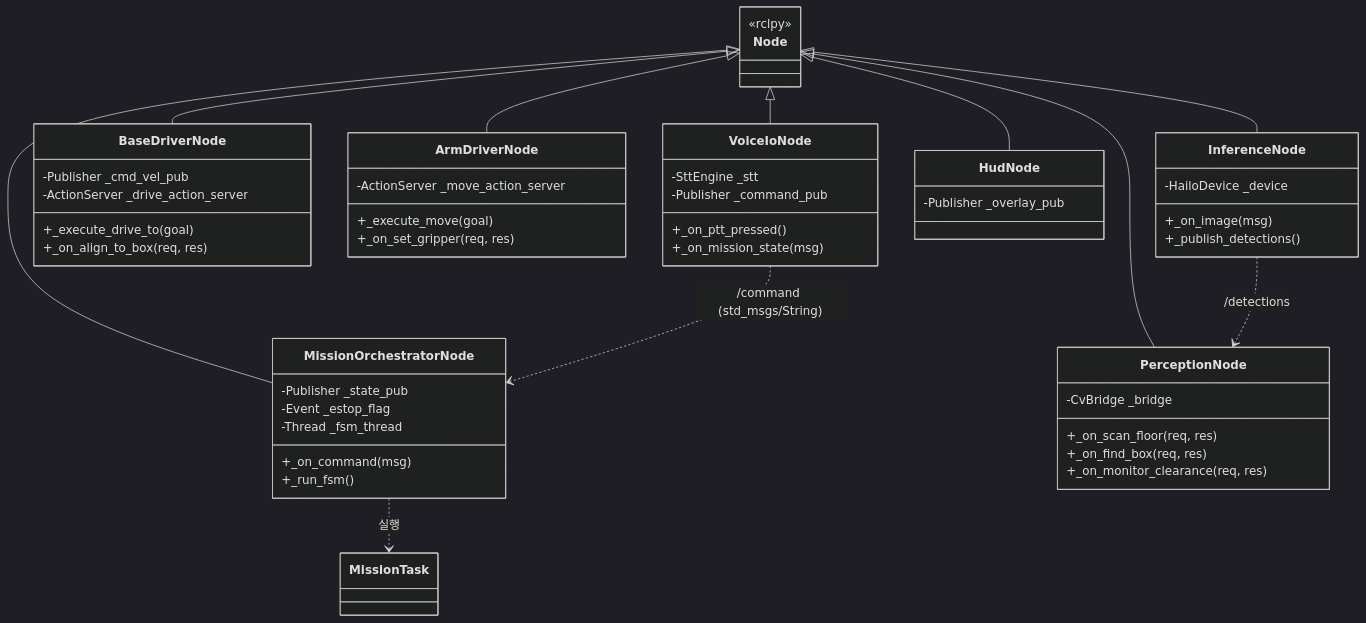
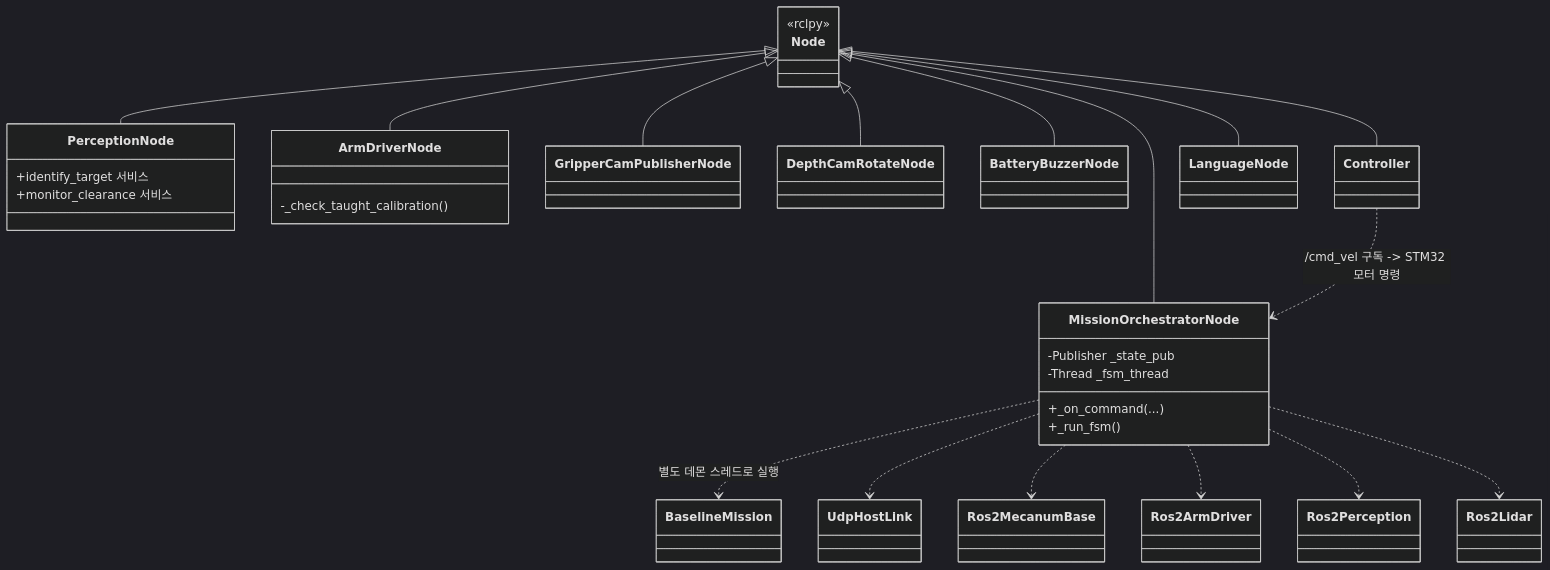
The fourth of 4 diagrams in docs/design/class_diagram.md (grippers-intel/grippers), drawn with Mermaid (dark theme) before and after one commit. The commit also changed other lines of this file and 7 other files, not shown here.

First line of the commit message:
docs: 설계 문서 5종을 실제 baseline_mission 코드 기준으로 전면 재작성 (2026-09-04)

````diff
--- a/docs/design/class_diagram.md
+++ b/docs/design/class_diagram.md
@@ -371,59 +315,44 @@
 ```mermaid
 classDiagram
     direction TB
 
     class Node {
         <<rclpy>>
     }
 
     class MissionOrchestratorNode {
         -Publisher _state_pub
-        -Event _estop_flag
         -Thread _fsm_thread
-        +_on_command(msg)
+        +_on_command(...)
         +_run_fsm()
     }
     class PerceptionNode {
-        -CvBridge _bridge
-        +_on_scan_floor(req, res)
-        +_on_find_box(req, res)
-        +_on_monitor_clearance(req, res)
-    }
-    class InferenceNode {
-        -HailoDevice _device
-        +_on_image(msg)
-        +_publish_detections()
-    }
-    class BaseDriverNode {
-        -Publisher _cmd_vel_pub
-        -ActionServer _drive_action_server
-        +_execute_drive_to(goal)
-        +_on_align_to_box(req, res)
+        +identify_target 서비스
+        +monitor_clearance 서비스
     }
     class ArmDriverNode {
-        -ActionServer _move_action_server
-        +_execute_move(goal)
-        +_on_set_gripper(req, res)
+        -_check_taught_calibration()
     }
-    class VoiceIoNode {
-        -SttEngine _stt
-        -Publisher _command_pub
-        +_on_ptt_pressed()
-        +_on_mission_state(msg)
-    }
-    class HudNode {
-        -Publisher _overlay_pub
-    }
+    class GripperCamPublisherNode
+    class DepthCamRotateNode
+    class BatteryBuzzerNode
+    class Controller
+    class LanguageNode
 
     Node <|-- MissionOrchestratorNode
     Node <|-- PerceptionNode
-    Node <|-- InferenceNode
-    Node <|-- BaseDriverNode
     Node <|-- ArmDriverNode
-    Node <|-- VoiceIoNode
-    Node <|-- HudNode
+    Node <|-- GripperCamPublisherNode
+    Node <|-- DepthCamRotateNode
+    Node <|-- BatteryBuzzerNode
+    Node <|-- Controller
+    Node <|-- LanguageNode
 
-    MissionOrchestratorNode ..> MissionTask : 실행
-    VoiceIoNode ..> MissionOrchestratorNode : /command (std_msgs/String)
-    InferenceNode ..> PerceptionNode : /detections
+    MissionOrchestratorNode ..> BaselineMission : 별도 데몬 스레드로 실행
+    MissionOrchestratorNode ..> UdpHostLink
+    MissionOrchestratorNode ..> Ros2MecanumBase
+    MissionOrchestratorNode ..> Ros2ArmDriver
+    MissionOrchestratorNode ..> Ros2Perception
+    MissionOrchestratorNode ..> Ros2Lidar
+    Controller ..> MissionOrchestratorNode : /cmd_vel 구독 -> STM32 모터 명령
 ```
````
